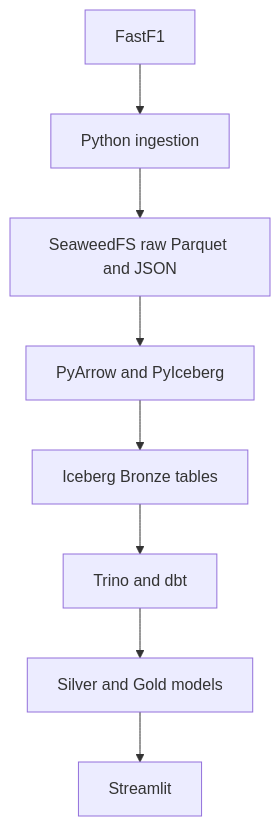
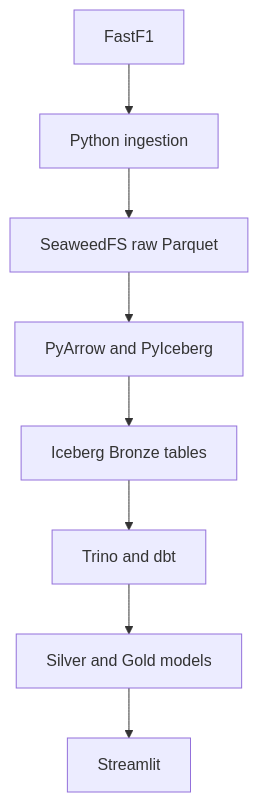
Before and after one commit to RobertTarus/f1-lakehouse: the diagram in README.md, drawn with Mermaid.

Commit message:
Update flowchart to remove JSON from SeaweedFS

````diff
--- a/README.md
+++ b/README.md
@@ -9,10 +9,10 @@
 ```mermaid
 flowchart TD
   A[FastF1] --> B[Python ingestion]
-  B --> C[SeaweedFS raw Parquet and JSON]
+  B --> C[SeaweedFS raw Parquet]
   C --> D[PyArrow and PyIceberg]
   D --> E[Iceberg Bronze tables]
   E --> F[Trino and dbt]
   F --> G[Silver and Gold models]
   G --> H[Streamlit]
 ```
````
